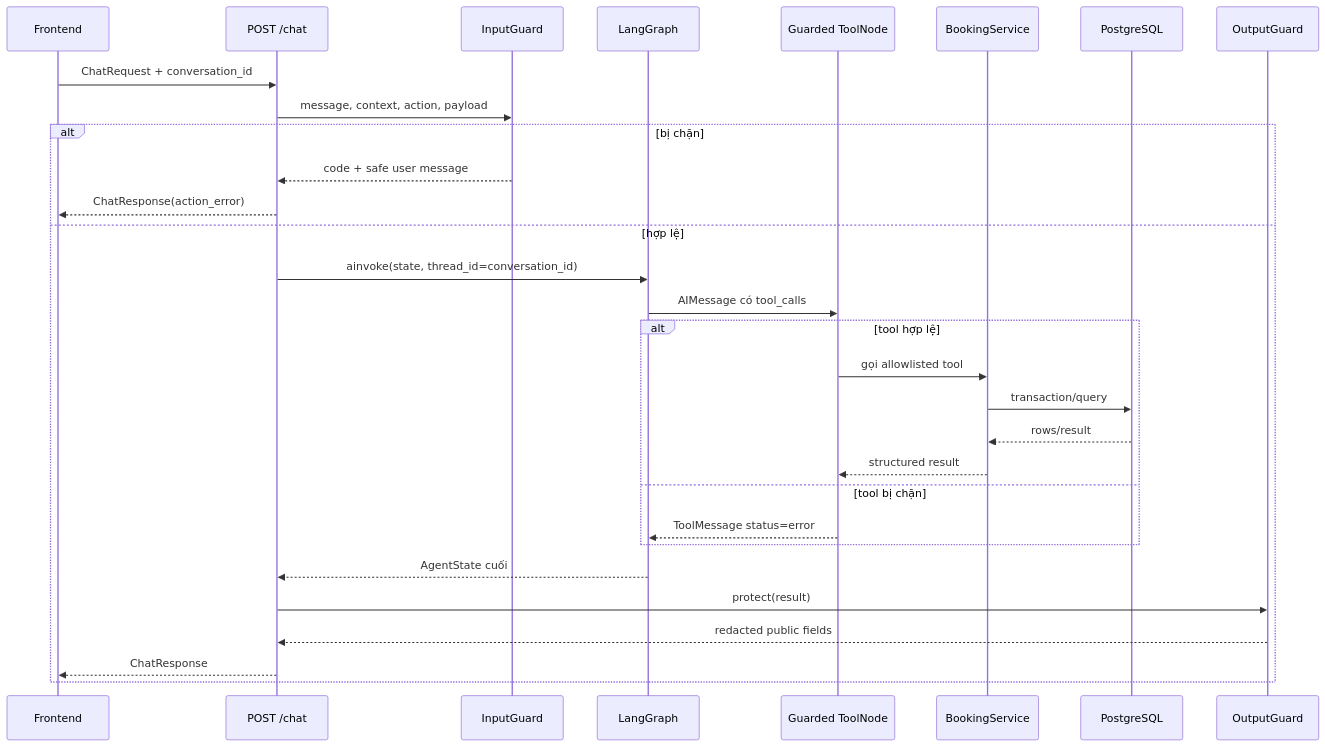
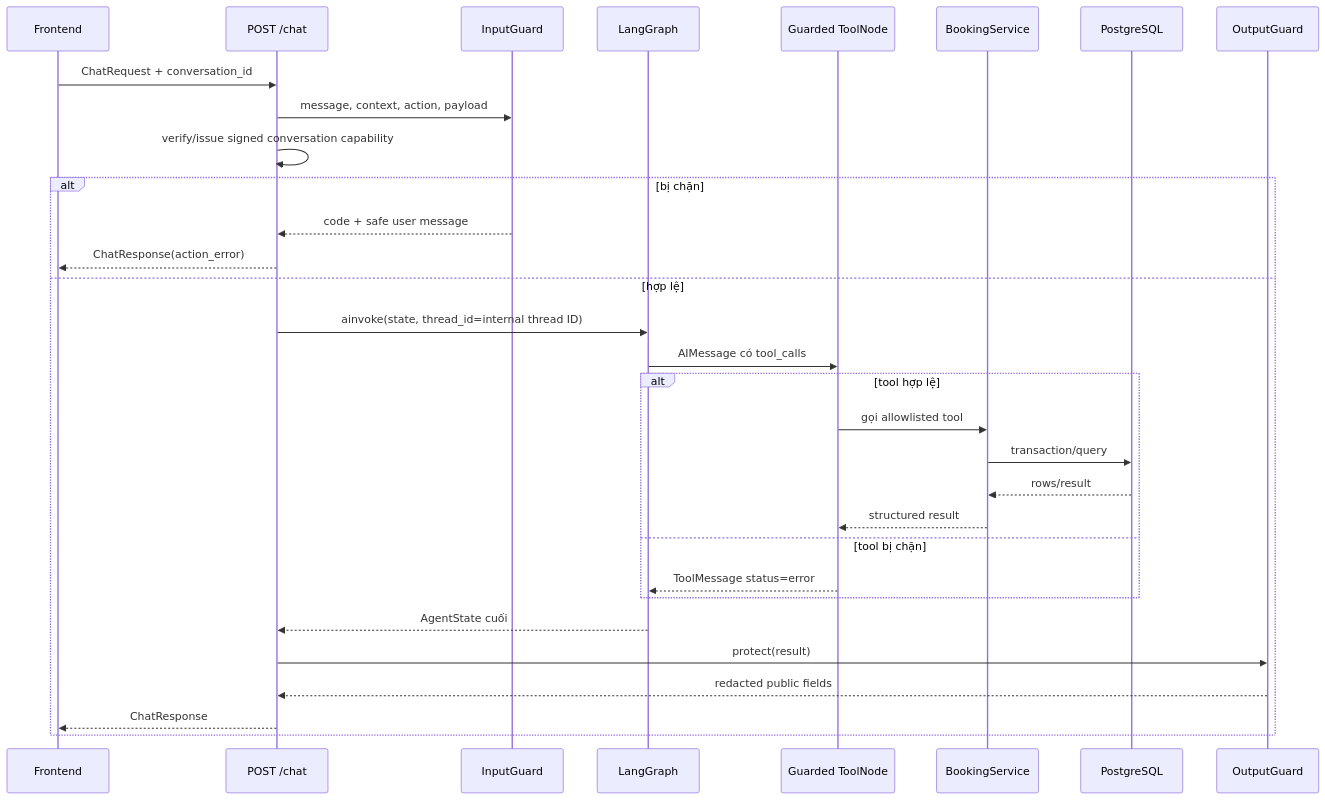
One commit to haichauht/vinfast-test-drive-booking changed the third of 5 diagrams in ARCHITECTURE.md. Above: the diagram before and after it, drawn with Mermaid. The commit also changed other lines of this file and 35 other files, not shown here.

````diff
--- a/ARCHITECTURE.md
+++ b/ARCHITECTURE.md
@@ -327,33 +327,34 @@
 ```mermaid
 sequenceDiagram
     participant F as Frontend
     participant R as POST /chat
     participant I as InputGuard
     participant G as LangGraph
     participant T as Guarded ToolNode
     participant B as BookingService
     participant P as PostgreSQL
     participant O as OutputGuard
 
     F->>R: ChatRequest + conversation_id
     R->>I: message, context, action, payload
+    R->>R: verify/issue signed conversation capability
     alt bị chặn
         I-->>R: code + safe user message
         R-->>F: ChatResponse(action_error)
     else hợp lệ
-        R->>G: ainvoke(state, thread_id=conversation_id)
+        R->>G: ainvoke(state, thread_id=internal thread ID)
         G->>T: AIMessage có tool_calls
         alt tool hợp lệ
             T->>B: gọi allowlisted tool
             B->>P: transaction/query
             P-->>B: rows/result
             B-->>T: structured result
         else tool bị chặn
             T-->>G: ToolMessage status=error
         end
         G-->>R: AgentState cuối
         R->>O: protect(result)
         O-->>R: redacted public fields
         R-->>F: ChatResponse
     end
 ```
````
